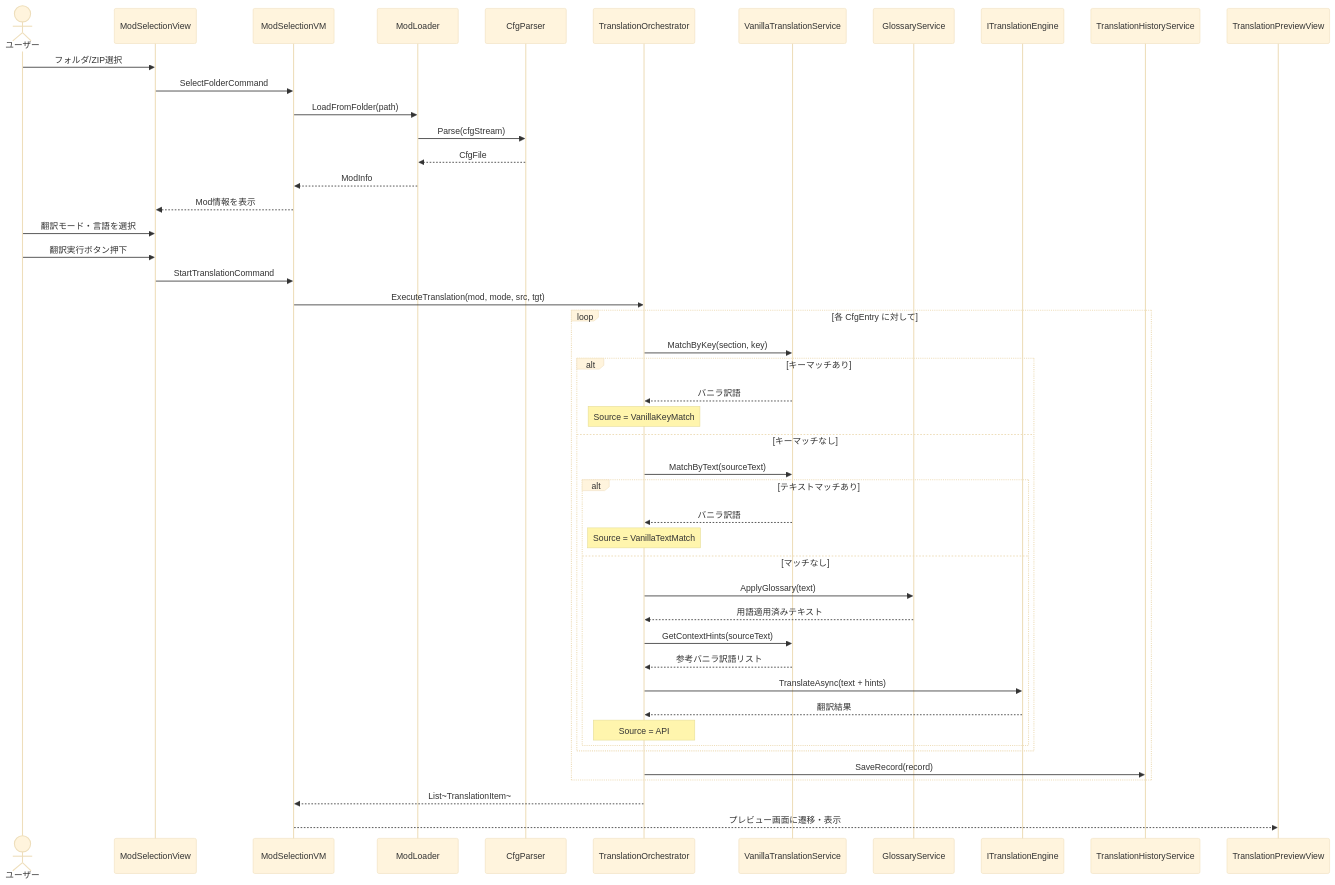
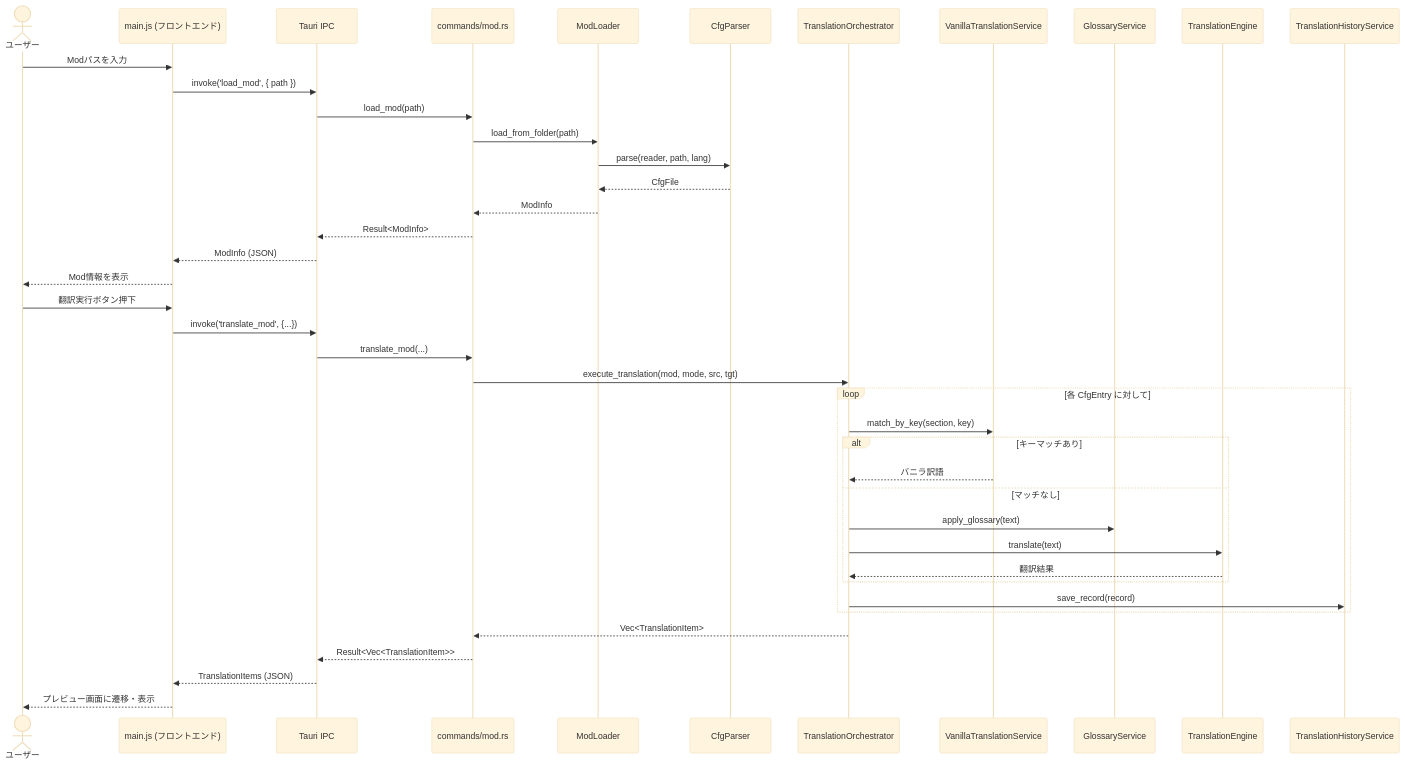
One commit to taisuk46/FactorioModTranslator changed the fifth of 11 diagrams in docs/design_document.md. Above: the diagram before and after it, drawn with Mermaid (base theme). The commit also changed other lines of this file and 75 other files, not shown here.

Commit message:
feat: Implement initial Rust/Tauri application structure with services for mod loading, translation, and application management.

````diff
--- a/docs/design_document.md
+++ b/docs/design_document.md
@@ -677,54 +620,48 @@
 ```mermaid
 sequenceDiagram
     actor User as ユーザー
-    participant View as ModSelectionView
-    participant VM as ModSelectionVM
+    participant JS as main.js (フロントエンド)
+    participant IPC as Tauri IPC
+    participant Cmd as commands/mod.rs
     participant ML as ModLoader
     participant Parser as CfgParser
     participant Orch as TranslationOrchestrator
     participant Vanilla as VanillaTranslationService
     participant Glossary as GlossaryService
-    participant Engine as ITranslationEngine
+    participant Engine as TranslationEngine
     participant History as TranslationHistoryService
-    participant PView as TranslationPreviewView
 
-    User->>View: フォルダ/ZIP選択
-    View->>VM: SelectFolderCommand
-    VM->>ML: LoadFromFolder(path)
-    ML->>Parser: Parse(cfgStream)
+    User->>JS: Modパスを入力
+    JS->>IPC: invoke('load_mod', { path })
+    IPC->>Cmd: load_mod(path)
+    Cmd->>ML: load_from_folder(path)
+    ML->>Parser: parse(reader, path, lang)
     Parser-->>ML: CfgFile
-    ML-->>VM: ModInfo
-    VM-->>View: Mod情報を表示
+    ML-->>Cmd: ModInfo
+    Cmd-->>IPC: Result<ModInfo>
+    IPC-->>JS: ModInfo (JSON)
+    JS-->>User: Mod情報を表示
 
-    User->>View: 翻訳モード・言語を選択
-    User->>View: 翻訳実行ボタン押下
-    View->>VM: StartTranslationCommand
+    User->>JS: 翻訳実行ボタン押下
+    JS->>IPC: invoke('translate_mod', {...})
+    IPC->>Cmd: translate_mod(...)
 
-    VM->>Orch: ExecuteTranslation(mod, mode, src, tgt)
+    Cmd->>Orch: execute_translation(mod, mode, src, tgt)
 
     loop 各 CfgEntry に対して
-        Orch->>Vanilla: MatchByKey(section, key)
+        Orch->>Vanilla: match_by_key(section, key)
         alt キーマッチあり
             Vanilla-->>Orch: バニラ訳語
-            Note over Orch: Source = VanillaKeyMatch
-        else キーマッチなし
-            Orch->>Vanilla: MatchByText(sourceText)
-            alt テキストマッチあり
-                Vanilla-->>Orch: バニラ訳語
-                Note over Orch: Source = VanillaTextMatch
-            else マッチなし
-                Orch->>Glossary: ApplyGlossary(text)
-                Glossary-->>Orch: 用語適用済みテキスト
-                Orch->>Vanilla: GetContextHints(sourceText)
-                Vanilla-->>Orch: 参考バニラ訳語リスト
-                Orch->>Engine: TranslateAsync(text + hints)
-                Engine-->>Orch: 翻訳結果
-                Note over Orch: Source = API
-            end
+        else マッチなし
+            Orch->>Glossary: apply_glossary(text)
+            Orch->>Engine: translate(text)
+            Engine-->>Orch: 翻訳結果
         end
-        Orch->>History: SaveRecord(record)
+        Orch->>History: save_record(record)
     end
 
-    Orch-->>VM: List~TranslationItem~
-    VM-->>PView: プレビュー画面に遷移・表示
+    Orch-->>Cmd: Vec<TranslationItem>
+    Cmd-->>IPC: Result<Vec<TranslationItem>>
+    IPC-->>JS: TranslationItems (JSON)
+    JS-->>User: プレビュー画面に遷移・表示
 ```
````
